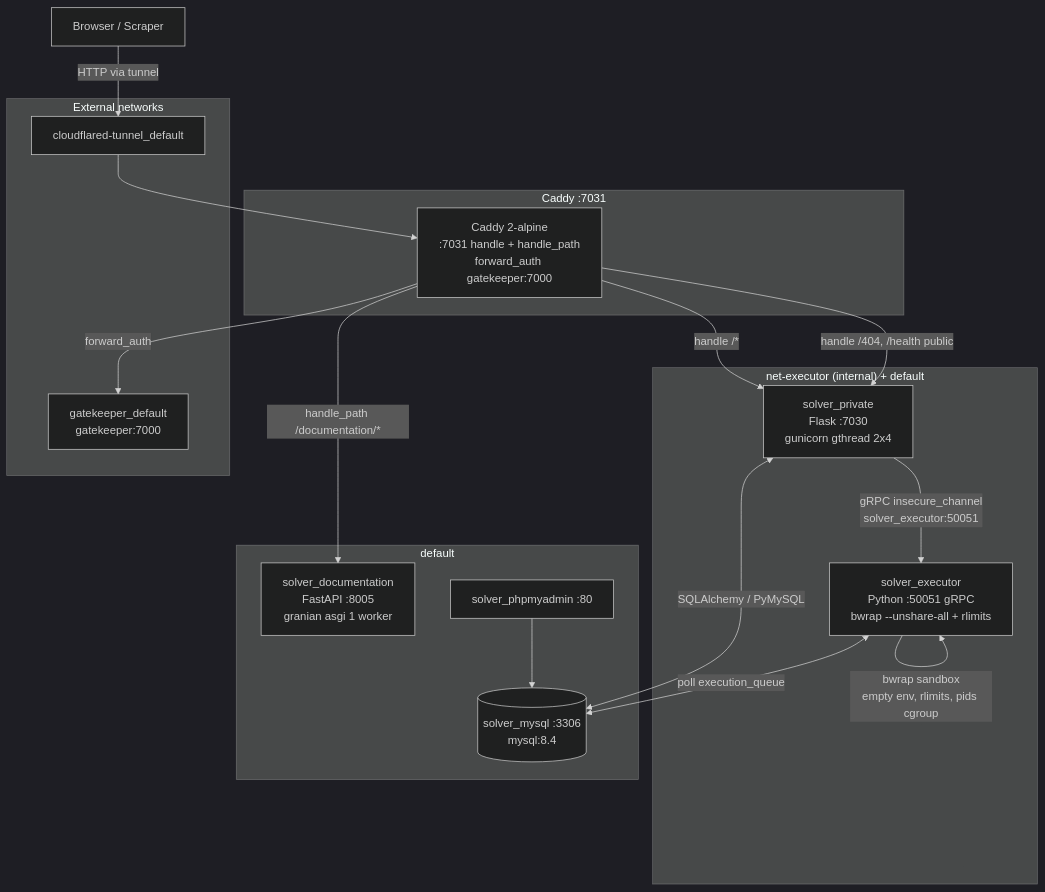
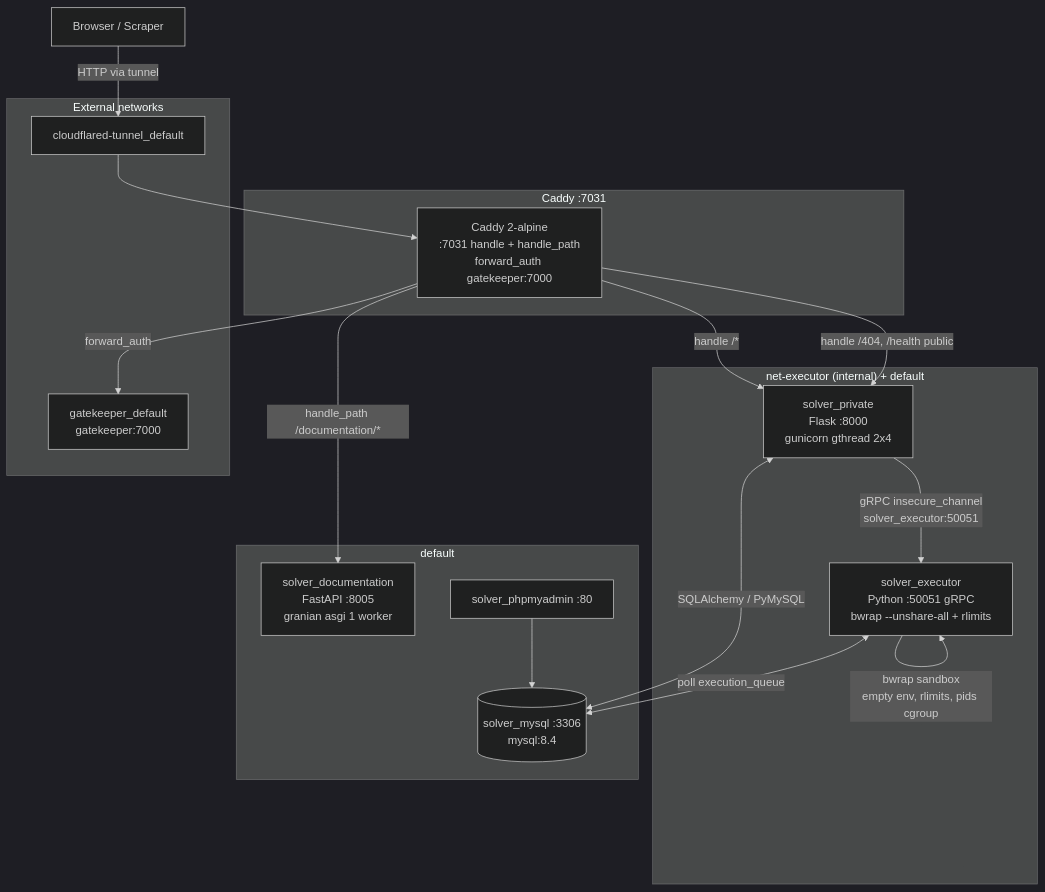
One commit to NovaProtocol/PracticeForge changed the diagram in documentation/docs/architecture.md. Above: the diagram before and after it, drawn with Mermaid (dark theme). The commit also changed other lines of this file and 7 other files, not shown here.

````diff
--- a/documentation/docs/architecture.md
+++ b/documentation/docs/architecture.md
@@ -7,37 +7,37 @@
 ```mermaid
 graph TB
     U["Browser / Scraper"]
 
     subgraph "Caddy :7031"
         CADDY["Caddy 2-alpine<br/>:7031 handle + handle_path<br/>forward_auth gatekeeper:7000"]
     end
 
     subgraph "net-executor (internal) + default"
-        SOLVER["solver_private<br/>Flask :7030<br/>gunicorn gthread 2x4"]
+        SOLVER["solver_private<br/>Flask :8000<br/>gunicorn gthread 2x4"]
         EXEC["solver_executor<br/>Python :50051 gRPC<br/>bwrap --unshare-all + rlimits"]
     end
 
     subgraph "default"
         DOCS["solver_documentation<br/>FastAPI :8005<br/>granian asgi 1 worker"]
         DB[("solver_mysql :3306<br/>mysql:8.4")]
         PMA["solver_phpmyadmin :80"]
     end
 
     subgraph "External networks"
         GK["gatekeeper_default<br/>gatekeeper:7000"]
         TUN["cloudflared-tunnel_default"]
     end
 
     U -->|"HTTP via tunnel"| TUN
     TUN --> CADDY
     CADDY -->|"forward_auth"| GK
     CADDY -->|"handle /*"| SOLVER
     CADDY -->|"handle_path /documentation/*"| DOCS
     CADDY -->|"handle /404, /health public"| SOLVER
 
     SOLVER -->|"gRPC insecure_channel<br/>solver_executor:50051"| EXEC
     SOLVER <-->|"SQLAlchemy / PyMySQL"| DB
     EXEC <-->|"poll execution_queue"| DB
     EXEC -->|"bwrap sandbox<br/>empty env, rlimits, pids cgroup"| EXEC
     PMA --> DB
 ```
````
